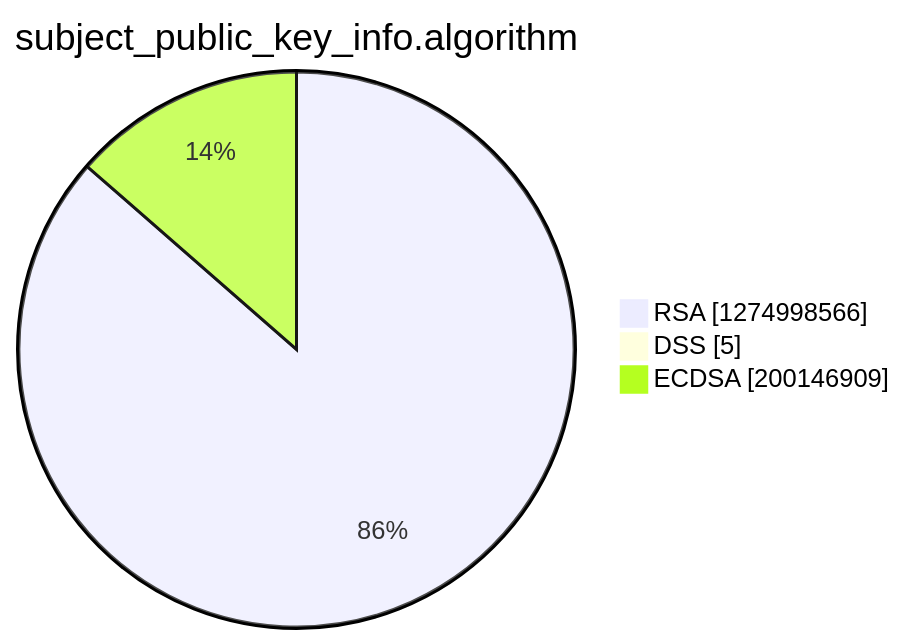
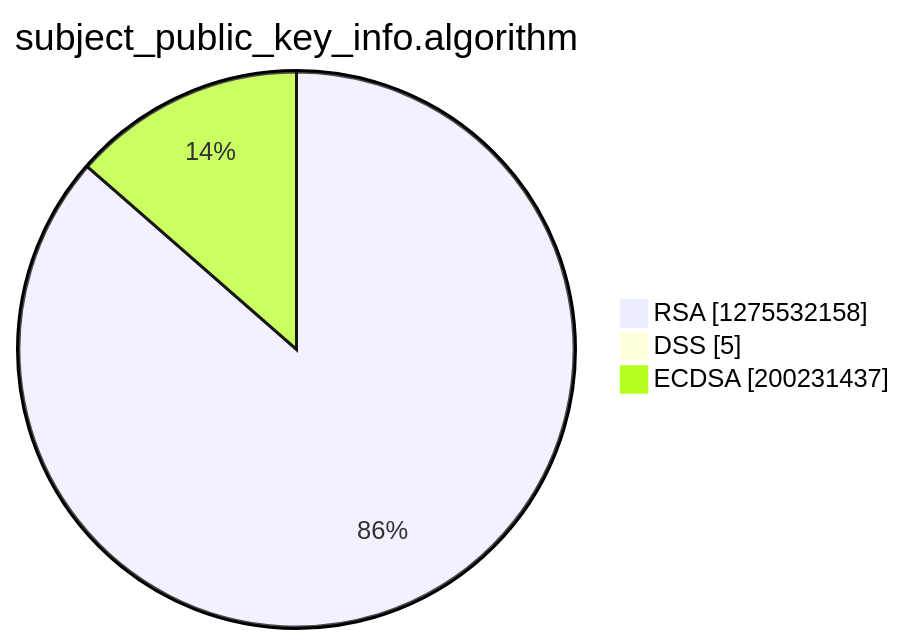
The third of 15 diagrams in argon2022/README.md (christiankrug/ctmonitor_visualization), drawn with Mermaid before and after one commit. The commit also changed other lines of this file, not shown here.

````diff
--- a/argon2022/README.md
+++ b/argon2022/README.md
@@ -14,7 +14,7 @@
 ```mermaid
 pie showData
 title subject_public_key_info.algorithm
-"RSA" :1274998566
+"RSA" :1275532158
 "DSS" :5
-"ECDSA" :200146909
+"ECDSA" :200231437
 ```
````
